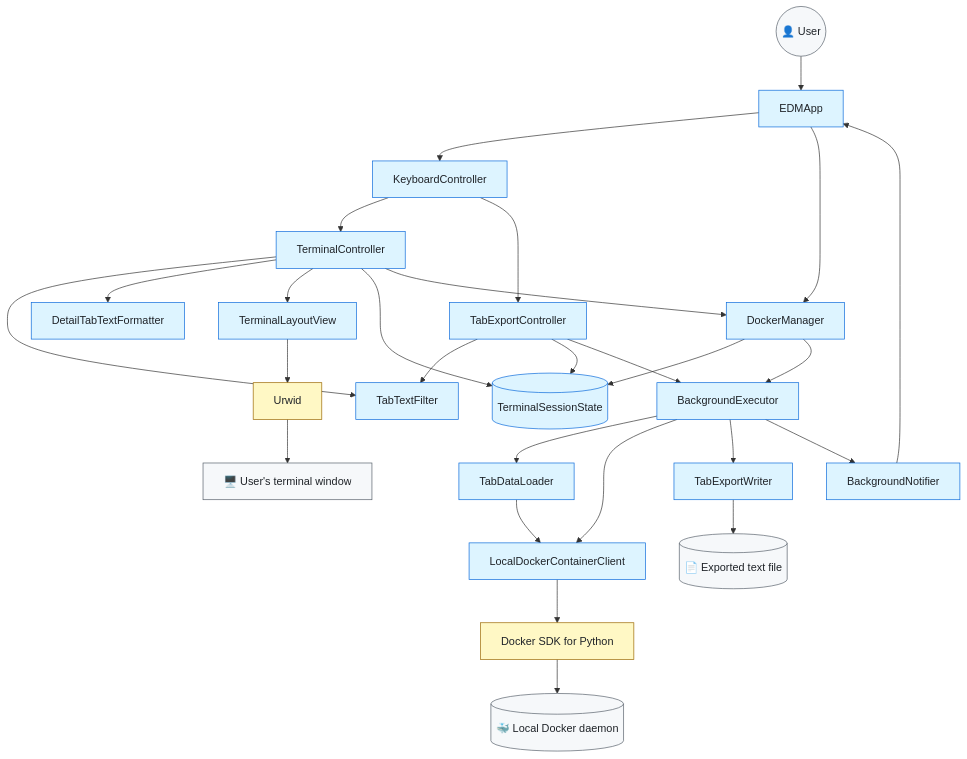
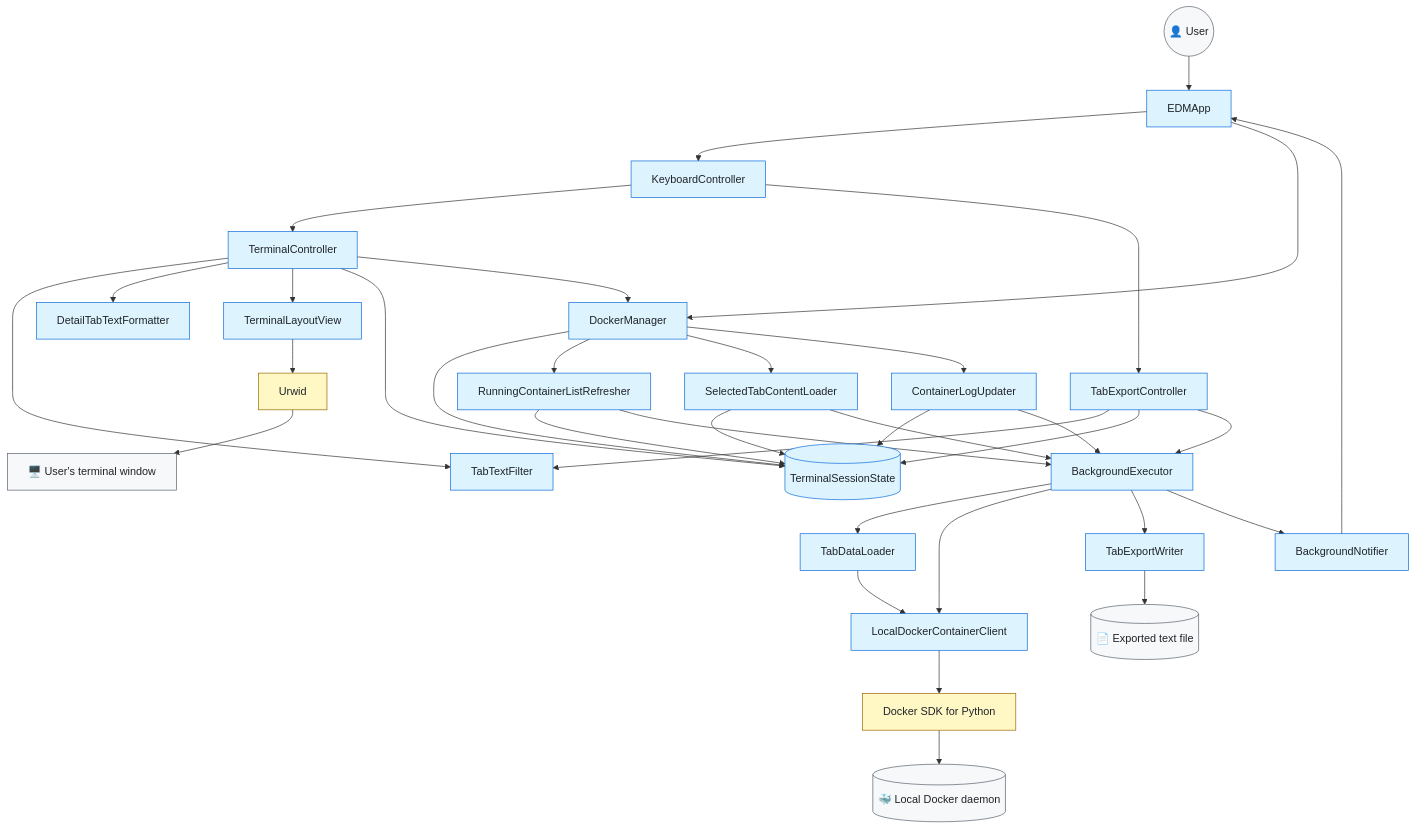
One commit to arabnejad/edm changed the first of 5 diagrams in DEVELOPMENT_GUIDE.md. Above: the diagram before and after it, drawn with Mermaid. The commit also changed other lines of this file and 9 other files, not shown here.

First line of the commit message:
Split DockerManager workflows

````diff
--- a/DEVELOPMENT_GUIDE.md
+++ b/DEVELOPMENT_GUIDE.md
@@ -84,54 +88,65 @@
 ```mermaid
 flowchart TD
     User(("👤 User"))
     App[EDMApp]
     Keyboard[KeyboardController]
     UI[TerminalController]
     ExportController[TabExportController]
     State[(TerminalSessionState)]
     DockerManager[DockerManager]
+    ContainerRefresh[RunningContainerListRefresher]
+    TabLoad[SelectedTabContentLoader]
+    LogUpdates[ContainerLogUpdater]
     Executor[BackgroundExecutor]
     Notifier[BackgroundNotifier]
     Loader[TabDataLoader]
     Client[LocalDockerContainerClient]
     DockerSDK[Docker SDK for Python]
     Docker[(🐳 Local Docker daemon)]
     Filter[TabTextFilter]
     Formatter[DetailTabTextFormatter]
     Exporter[TabExportWriter]
     File[(📄 Exported text file)]
     View[TerminalLayoutView]
     Urwid[Urwid]
     Terminal[🖥️ User's terminal window]
 
     User --> App --> Keyboard
     Keyboard --> UI
     Keyboard --> ExportController
 
     UI --> Filter
     UI --> Formatter
     UI --> View --> Urwid --> Terminal
     UI --> State
     ExportController --> Filter
     ExportController --> State
     ExportController --> Executor
 
     App --> DockerManager
     UI --> DockerManager
     DockerManager --> State
-    DockerManager --> Executor
+    DockerManager --> ContainerRefresh
+    DockerManager --> TabLoad
+    DockerManager --> LogUpdates
+    ContainerRefresh --> State
+    ContainerRefresh --> Executor
+    TabLoad --> State
+    TabLoad --> Executor
+    LogUpdates --> State
+    LogUpdates --> Executor
     Executor --> Loader --> Client
     Executor --> Client
     Executor --> Exporter --> File
     Client --> DockerSDK --> Docker
 
     Executor --> Notifier --> App
 
     classDef edm fill:#ddf4ff,stroke:#0969da,color:#1f2328
     classDef thirdParty fill:#fff8c5,stroke:#9a6700,color:#1f2328
     classDef external fill:#f6f8fa,stroke:#57606a,color:#1f2328
 
-    class App,Keyboard,UI,ExportController,State,DockerManager,Executor,Notifier,Loader,Client,Filter,Formatter,Exporter,View edm
+    class App,Keyboard,UI,ExportController,State,DockerManager,ContainerRefresh,TabLoad,LogUpdates,Executor,Notifier,Loader,Client,Filter,Formatter,Exporter,View edm
     class DockerSDK,Urwid thirdParty
     class User,Docker,Terminal,File external
 ```
````
